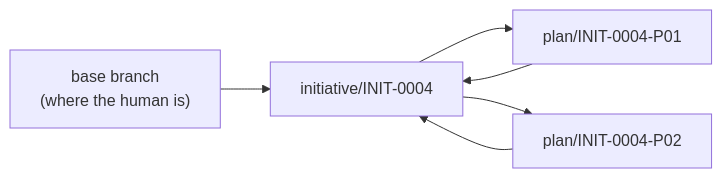
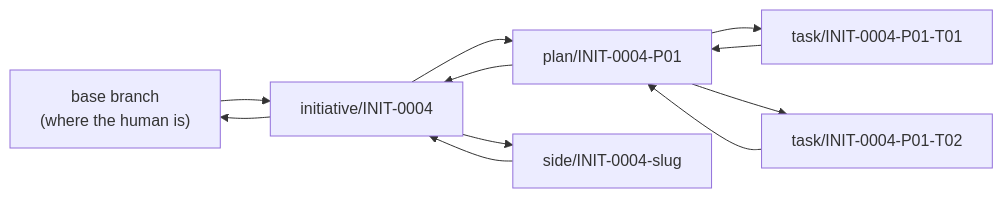
Before and after one commit to Atri10/executor: the second of 2 diagrams in skills/executor/references/layout.md, drawn with Mermaid. The commit also changed other lines of this file and 12 other files, not shown here.

````diff
--- a/skills/executor/references/layout.md
+++ b/skills/executor/references/layout.md
@@ -286,8 +289,13 @@
 ```mermaid
 flowchart LR
     BASE["base branch<br/>(where the human is)"] --> INIT["initiative/INIT-0004"]
     INIT --> P1["plan/INIT-0004-P01"]
-    INIT --> P2["plan/INIT-0004-P02"]
+    INIT --> SIDE["side/INIT-0004-slug"]
+    P1 --> T1["task/INIT-0004-P01-T01"]
+    P1 --> T2["task/INIT-0004-P01-T02"]
+    T1 --> P1
+    T2 --> P1
+    SIDE --> INIT
     P1 --> INIT
-    P2 --> INIT
+    INIT --> BASE
 ```
````
